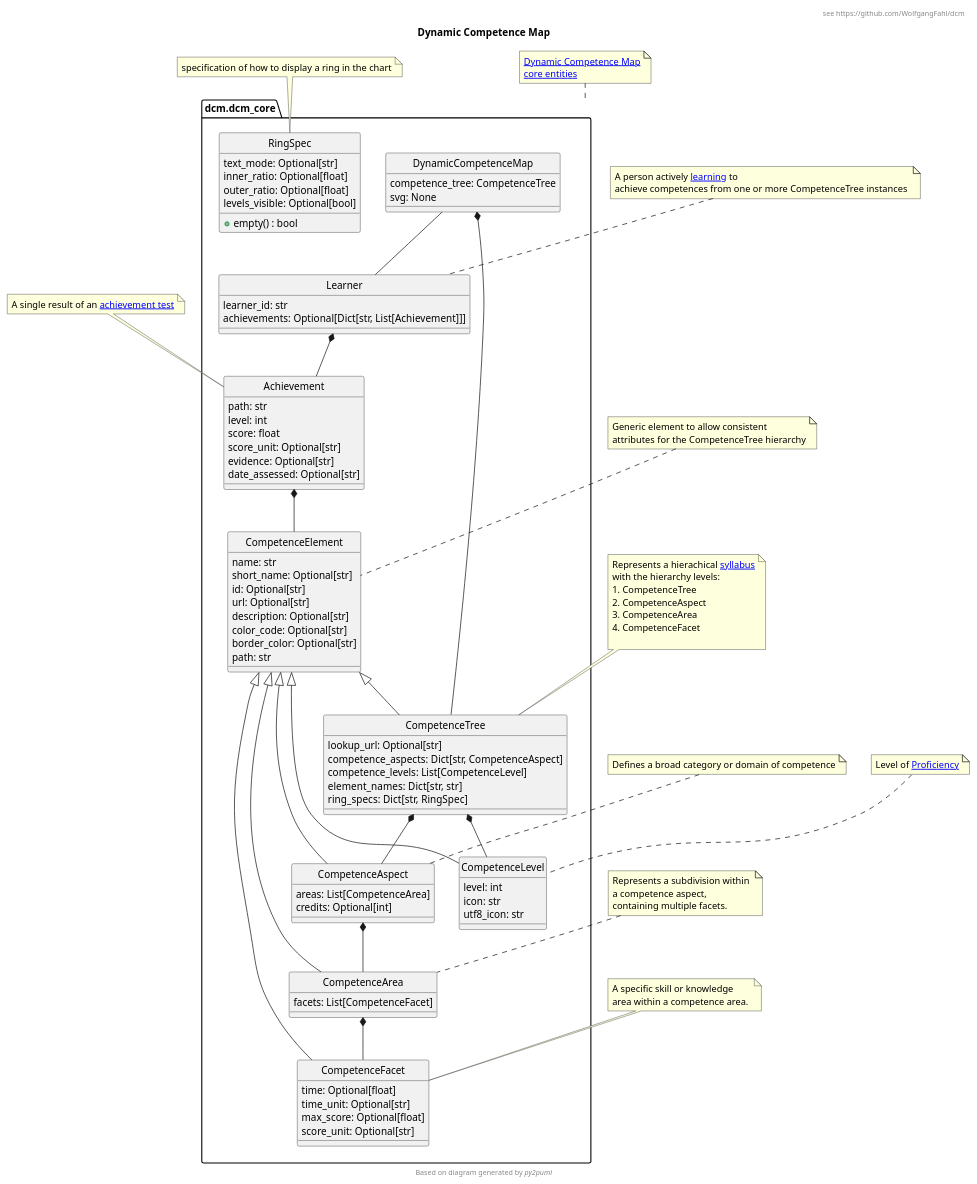
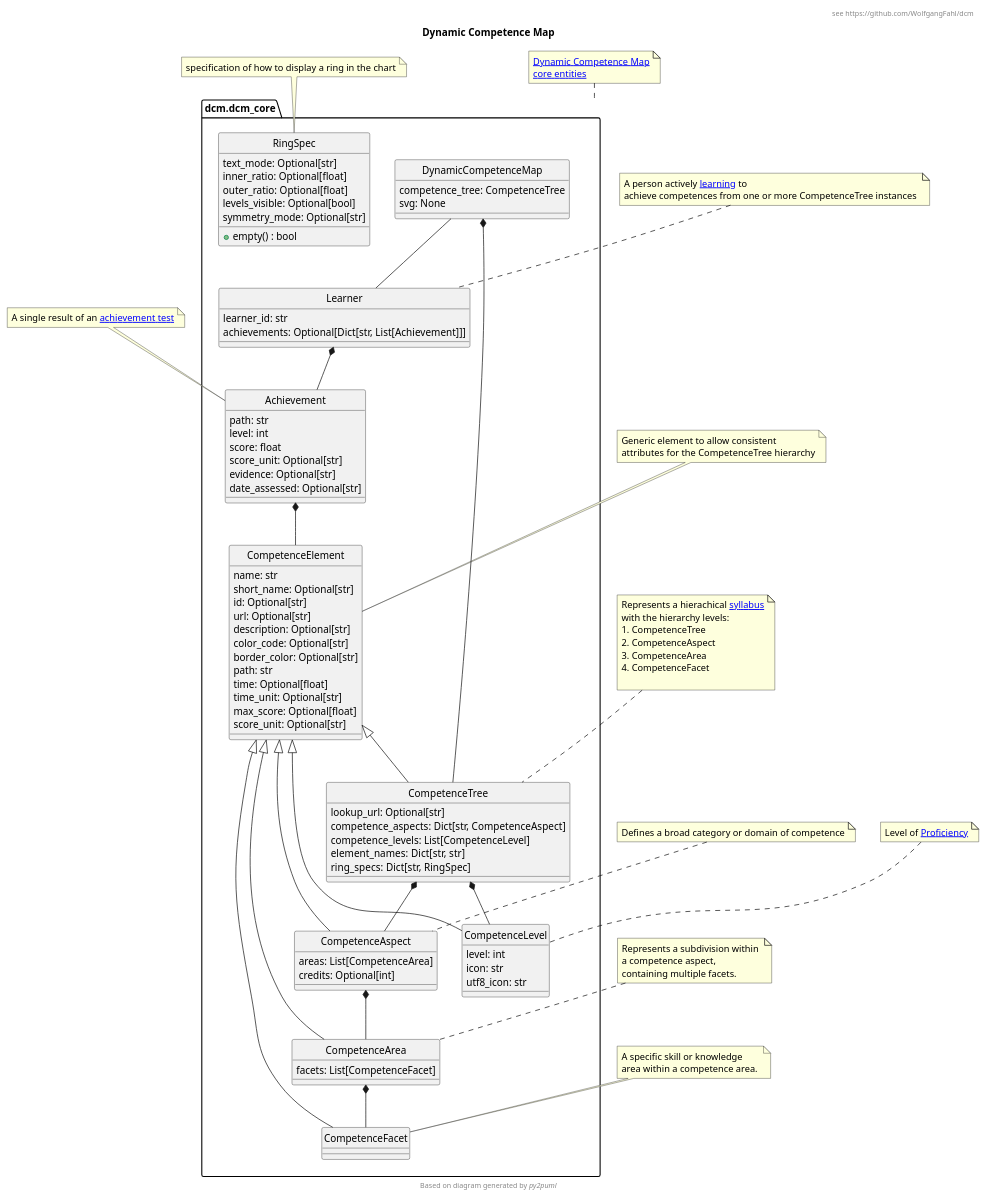
Before and after one commit to WolfgangFahl/dcm: the diagram in dcm.puml, drawn with PlantUML. The commit also changed 1 other file, not shown here.

```diff
--- a/dcm.puml
+++ b/dcm.puml
@@ -1,131 +1,132 @@
 @startuml
 hide circle
 title Dynamic Competence Map
 header see https://github.com/WolfgangFahl/dcm
 !pragma useIntermediatePackages false
 
 class dcm.dcm_core.DynamicCompetenceMap {
   competence_tree: CompetenceTree
   svg: None
 }
 class dcm.dcm_core.Achievement {
   path: str
   level: int
   score: float
   score_unit: Optional[str]
   evidence: Optional[str]
   date_assessed: Optional[str]
 }
 note top of Achievement
 A single result of an [[https://en.wikipedia.org/wiki/Achievement_test achievement test]]
 end note
 
 class dcm.dcm_core.CompetenceAspect {
   areas: List[CompetenceArea]
   credits: Optional[int]
 }
 class dcm.dcm_core.CompetenceArea {
   facets: List[CompetenceFacet]
 }
 class dcm.dcm_core.CompetenceElement {
   name: str
   short_name: Optional[str]
   id: Optional[str]
   url: Optional[str]
   description: Optional[str]
   color_code: Optional[str]
   border_color: Optional[str]
   path: str 
+  time: Optional[float]
+  time_unit: Optional[str]
+  max_score: Optional[float]
+  score_unit: Optional[str]
 }
 class dcm.dcm_core.RingSpec {
   text_mode: Optional[str]
   inner_ratio: Optional[float]
   outer_ratio: Optional[float]
   levels_visible: Optional[bool]
+  symmetry_mode: Optional[str]
   +empty() : bool
 }
 note top of RingSpec
 specification of how to display a ring in the chart
 end note
 
 class dcm.dcm_core.CompetenceFacet {
-  time: Optional[float]
-  time_unit: Optional[str]
-  max_score: Optional[float]
-  score_unit: Optional[str]
 }
 class dcm.dcm_core.CompetenceLevel {
   level: int
   icon: str
   utf8_icon: str
 }
 
 class dcm.dcm_core.CompetenceTree {
   lookup_url: Optional[str]
   competence_aspects: Dict[str, CompetenceAspect]
   competence_levels: List[CompetenceLevel]
   element_names: Dict[str, str]
   ring_specs: Dict[str, RingSpec] 
 }
 note top of CompetenceElement
 Generic element to allow consistent
 attributes for the CompetenceTree hierarchy
 end note
 
 note top of CompetenceAspect
 Defines a broad category or domain of competence
 end note
 
 note top of CompetenceArea
 Represents a subdivision within 
 a competence aspect, 
 containing multiple facets. 
 end note
 
 note top of CompetenceFacet
 A specific skill or knowledge 
 area within a competence area. 
 end note
 
 note top of CompetenceLevel
 Level of [[https://en.wikipedia.org/wiki/Expert Proficiency]]
 end note
 
 note top of CompetenceTree
 Represents a hierachical [[https://en.wikipedia.org/wiki/Syllabus syllabus]]
 with the hierarchy levels:
 # CompetenceTree
 # CompetenceAspect
 # CompetenceArea
 # CompetenceFacet
 
 end note
 
 class dcm.dcm_core.Learner {
   learner_id: str
   achievements: Optional[Dict[str, List[Achievement]]]
 }
 note top of Learner
 A person actively [[https://en.wikipedia.org/wiki/Learning learning]] to 
 achieve competences from one or more CompetenceTree instances 
 end note
 
 note top of dcm.dcm_core
 [[https://github.com/WolfgangFahl/dcm/blob/main/dcm/dcm_core.py Dynamic Competence Map\ncore entities]]
 end note
 
 dcm.dcm_core.DynamicCompetenceMap *-- dcm.dcm_core.CompetenceTree
 dcm.dcm_core.DynamicCompetenceMap -- dcm.dcm_core.Learner
 dcm.dcm_core.CompetenceAspect *-- dcm.dcm_core.CompetenceArea
 dcm.dcm_core.CompetenceArea *-- dcm.dcm_core.CompetenceFacet
 dcm.dcm_core.CompetenceElement <|-- dcm.dcm_core.CompetenceAspect
 dcm.dcm_core.CompetenceElement <|-- dcm.dcm_core.CompetenceArea
 dcm.dcm_core.CompetenceElement <|-- dcm.dcm_core.CompetenceFacet
 dcm.dcm_core.CompetenceElement <|-- dcm.dcm_core.CompetenceLevel
 dcm.dcm_core.CompetenceTree *-- dcm.dcm_core.CompetenceAspect
 dcm.dcm_core.CompetenceTree *-- dcm.dcm_core.CompetenceLevel
 dcm.dcm_core.CompetenceElement <|-- dcm.dcm_core.CompetenceTree
 dcm.dcm_core.Learner *-- dcm.dcm_core.Achievement
 dcm.dcm_core.Achievement *-- dcm.dcm_core.CompetenceElement
 footer Based on diagram generated by //py2puml//
 @enduml
```
